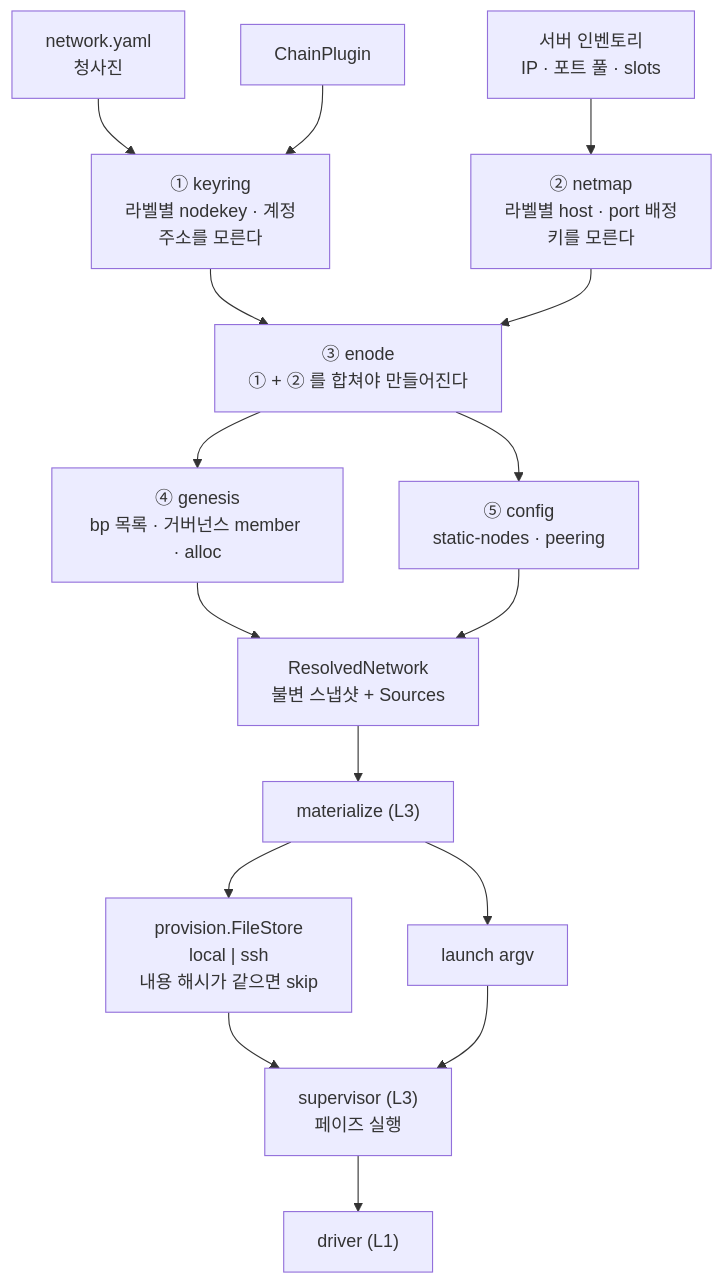
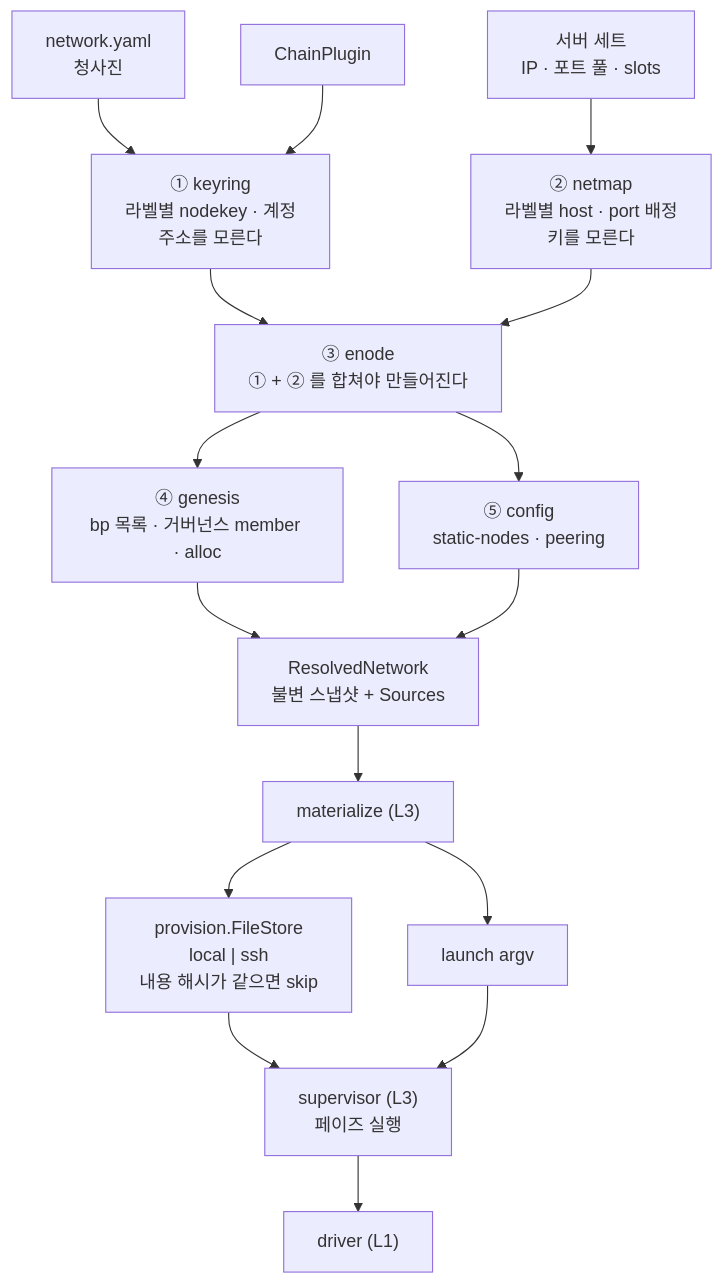
The fourth of 9 diagrams in docs/dev/architecture/target-architecture.md (0xmhha/chainbench), drawn with Mermaid before and after one commit. The commit also changed 58 other files, not shown here.

````diff
--- a/docs/dev/architecture/target-architecture.md
+++ b/docs/dev/architecture/target-architecture.md
@@ -99,30 +99,30 @@
 ```mermaid
 flowchart TD
     bp["network.yaml<br/>청사진"]
-    inv["서버 인벤토리<br/>IP · 포트 풀 · slots"]
+    inv["서버 세트<br/>IP · 포트 풀 · slots"]
     plug["ChainPlugin"]
 
     bp --> r1
     plug --> r1
     inv --> r2
 
     r1["① keyring<br/>라벨별 nodekey · 계정<br/>주소를 모른다"]
     r2["② netmap<br/>라벨별 host · port 배정<br/>키를 모른다"]
     r3["③ enode<br/>① + ② 를 합쳐야 만들어진다"]
 
     r1 --> r3
     r2 --> r3
 
     r3 --> r4["④ genesis<br/>bp 목록 · 거버넌스 member · alloc"]
     r3 --> r5["⑤ config<br/>static-nodes · peering"]
 
     r4 --> rn["ResolvedNetwork<br/>불변 스냅샷 + Sources"]
     r5 --> rn
     rn --> mat["materialize (L3)"]
 
     mat --> sink["provision.FileStore<br/>local | ssh<br/>내용 해시가 같으면 skip"]
     mat --> argv["launch argv"]
     sink --> sup["supervisor (L3)<br/>페이즈 실행"]
     argv --> sup
     sup --> drv["driver (L1)"]
 ```
````
